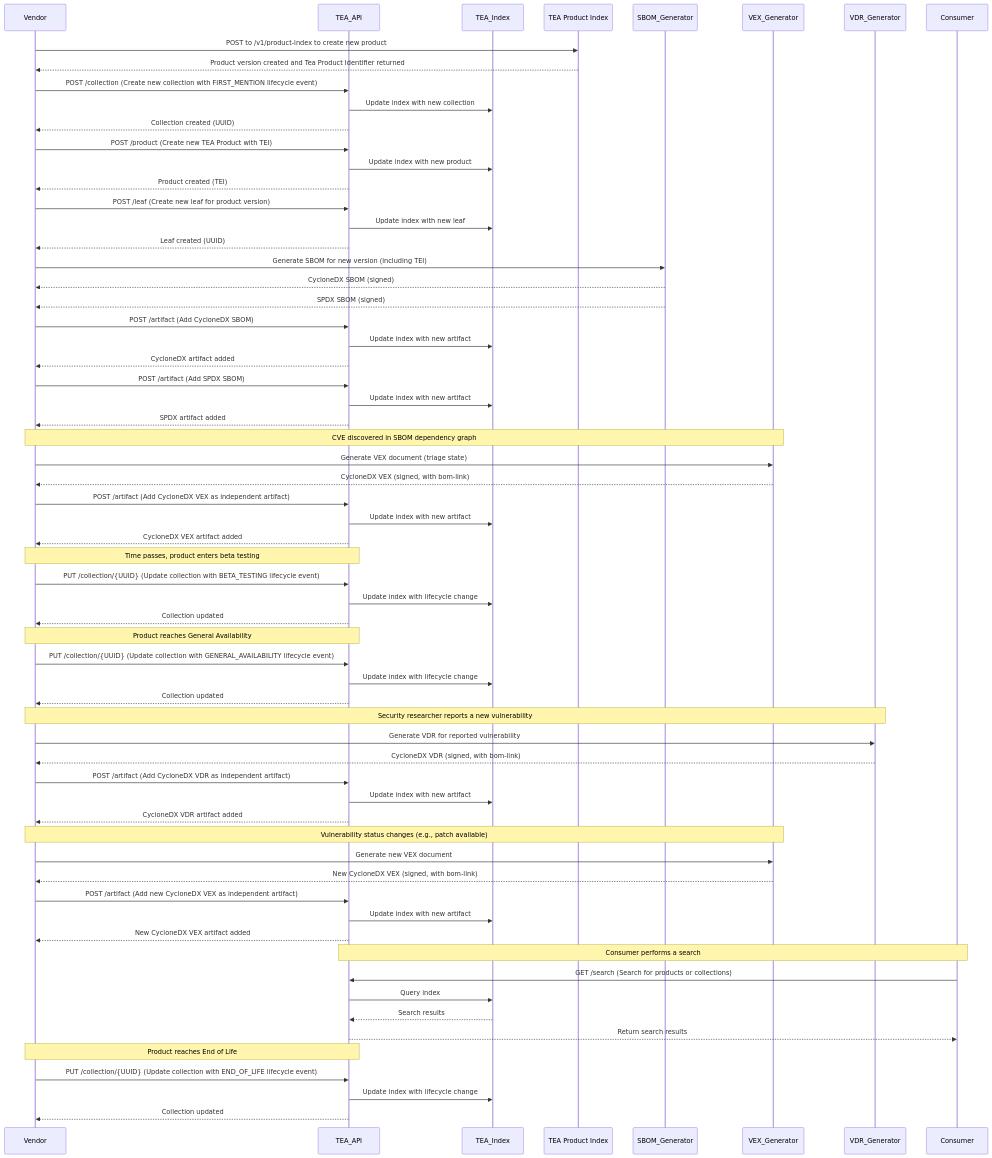
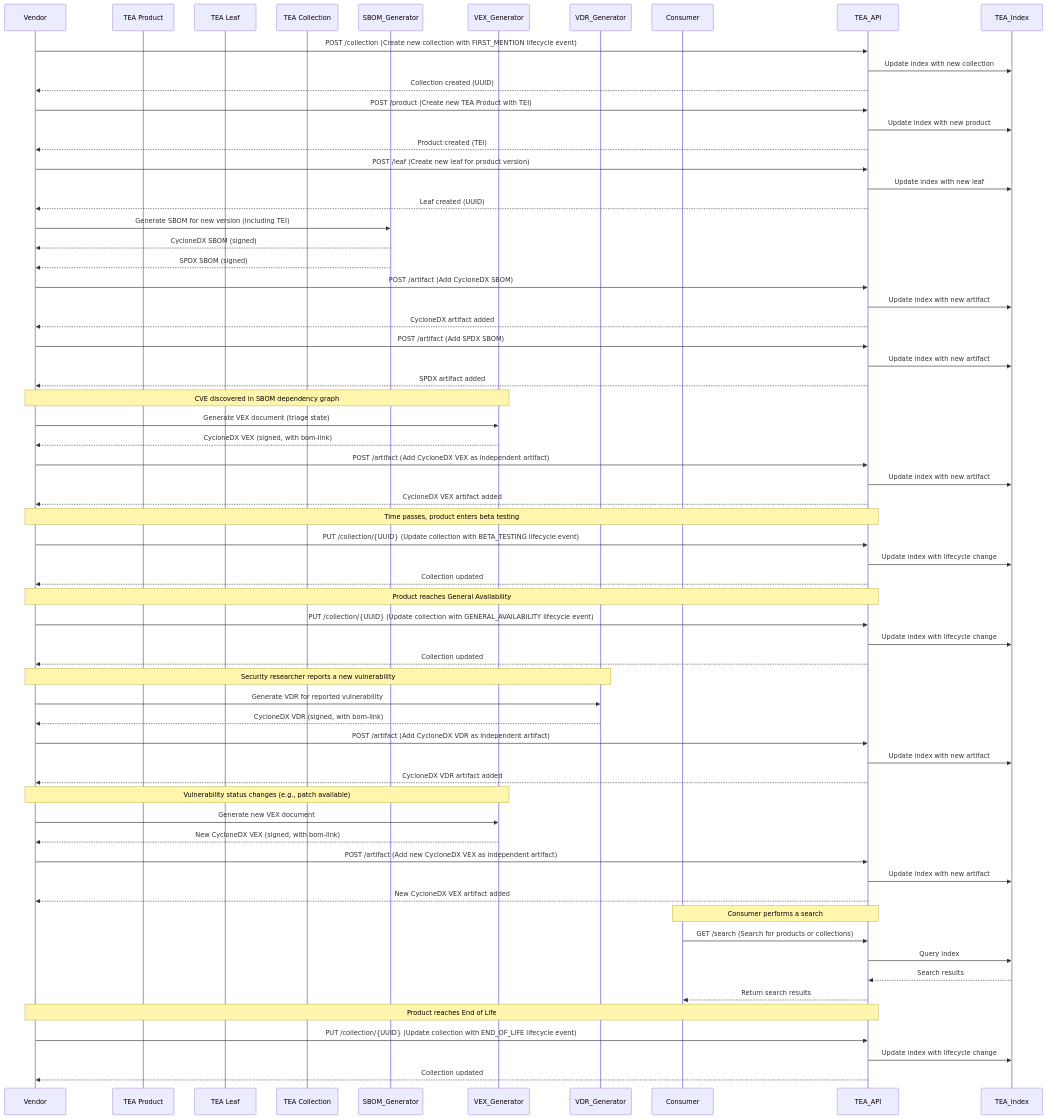
The second of 2 diagrams in api-flow/publisher.md (CycloneDX/transparency-exchange-api), drawn with Mermaid before and after one commit. The commit also changed other lines of this file and 1 other file, not shown here.

Commit message:
made the API specs somewhat complete and updated diagrams. Still work in progress.

````diff
--- a/api-flow/publisher.md
+++ b/api-flow/publisher.md
@@ -6,16 +28,17 @@
 ```mermaid
 sequenceDiagram
     participant Vendor
-    participant TEA_API
-    participant TEA_Index
-    participant TEA Product Index
+
+    participant TEA Product
+    participant TEA Leaf
+    participant TEA Collection
+
     participant SBOM_Generator
     participant VEX_Generator
     participant VDR_Generator
+
     participant Consumer
 
-    Vendor ->> TEA Product Index: POST to /v1/product-index to create new product
-    TEA Product Index -->> Vendor: Product version created and Tea Product Identifier returned
 
     Vendor->>TEA_API: POST /collection (Create new collection with FIRST_MENTION lifecycle event)
     TEA_API->>TEA_Index: Update index with new collection
````
